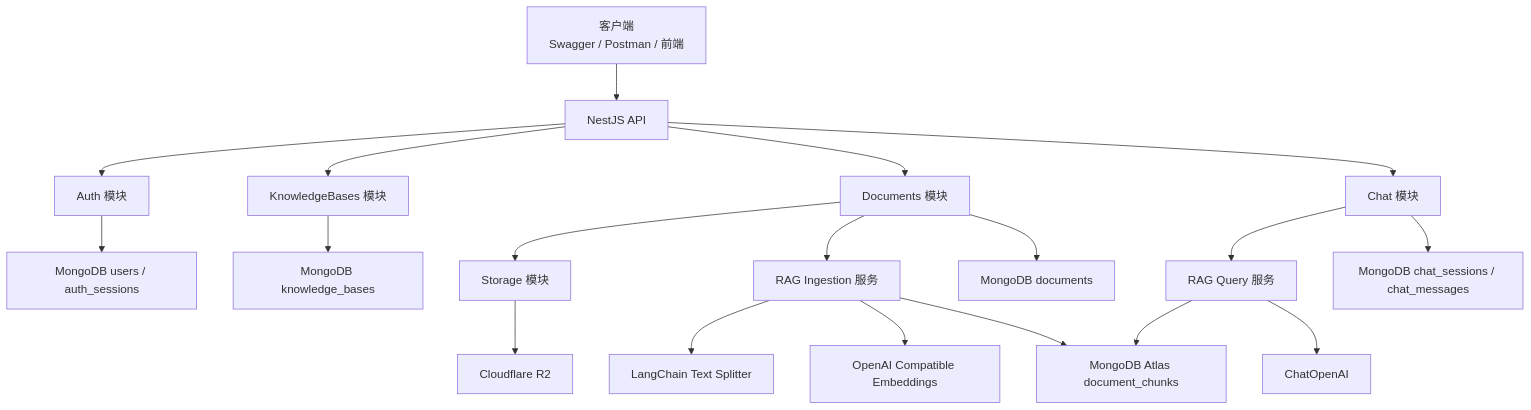
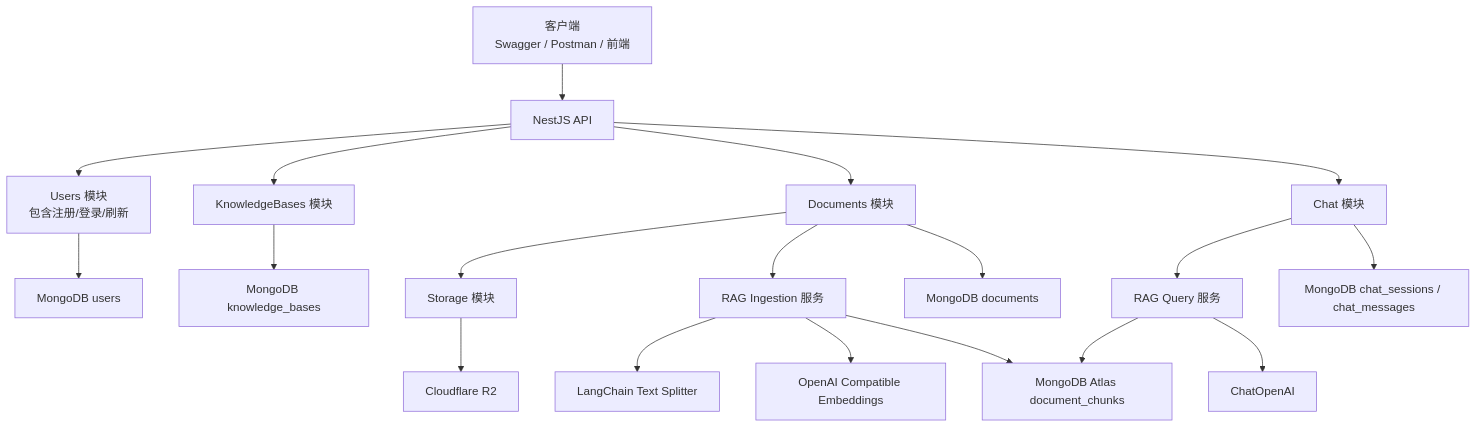
Before and after one commit to mik-myp/knowledge-base-api: the first of 6 diagrams in docs/Nest-MongoDB-LangChain-知识库问答系统-从0到1.md, drawn with Mermaid. The commit also changed other lines of this file and 18 other files, not shown here.

````diff
--- a/docs/Nest-MongoDB-LangChain-知识库问答系统-从0到1.md
+++ b/docs/Nest-MongoDB-LangChain-知识库问答系统-从0到1.md
@@ -331,21 +331,21 @@
 ```mermaid
 flowchart TD
     A[客户端<br/>Swagger / Postman / 前端] --> B[NestJS API]
-    B --> C[Auth 模块]
+    B --> C[Users 模块<br/>包含注册/登录/刷新]
     B --> D[KnowledgeBases 模块]
     B --> E[Documents 模块]
     B --> F[Chat 模块]
     E --> G[Storage 模块]
     G --> H[Cloudflare R2]
     E --> I[RAG Ingestion 服务]
     I --> J[LangChain Text Splitter]
     I --> K[OpenAI Compatible Embeddings]
     I --> L[MongoDB Atlas document_chunks]
     F --> M[RAG Query 服务]
     M --> L
     M --> N[ChatOpenAI]
-    C --> O[MongoDB users / auth_sessions]
+    C --> O[MongoDB users]
     D --> P[MongoDB knowledge_bases]
     E --> Q[MongoDB documents]
     F --> R[MongoDB chat_sessions / chat_messages]
 ```
````
